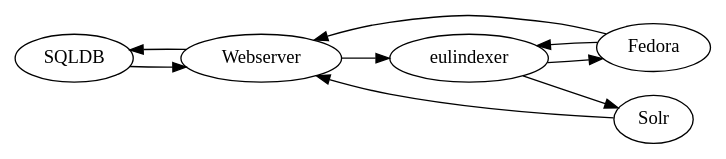
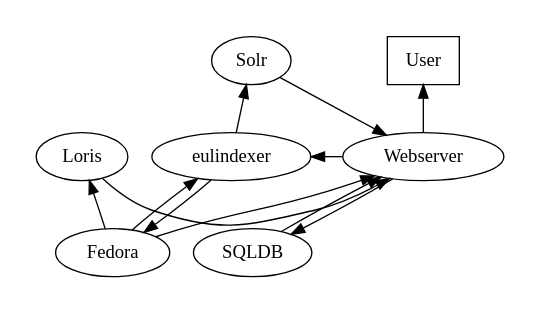
Before and after one commit to ecds/readux: the diagram in docs/diagrams/architecture.dot, drawn with Graphviz. The commit also changed 1 other file, not shown here.

Commit message:
Add Loris to readux architecture diagram & description
[#115626903]

```diff
--- a/docs/diagrams/architecture.dot
+++ b/docs/diagrams/architecture.dot
@@ -1,13 +1,26 @@
 digraph {
-    rankdir=LR;
-
-    SQLDB -> Webserver;
-    Webserver -> SQLDB;
-    Fedora -> Webserver;
-    Fedora -> eulindexer;
-    eulindexer -> Fedora;
-    Webserver -> eulindexer;
-    eulindexer -> Solr;
-    Solr -> Webserver;
+    rankdir=BT;
+    // using clusters to separate out layers/access
+    subgraph cluster_0 {
+        style=invis;
+        User[shape=box];
+    }
+    subgraph cluster_1 {
+        style=invis;
+        Webserver -> User;
+    }
+    subgraph cluster_2 {
+        style=invis;
+        Loris -> Webserver;
+        Fedora -> Loris;
+        SQLDB -> Webserver;
+        Webserver -> SQLDB;
+        Fedora -> Webserver;
+        Fedora -> eulindexer;
+        eulindexer -> Fedora;
+        Webserver -> eulindexer;
+        eulindexer -> Solr;
+        Solr -> Webserver;
+    }
 
 }
```
